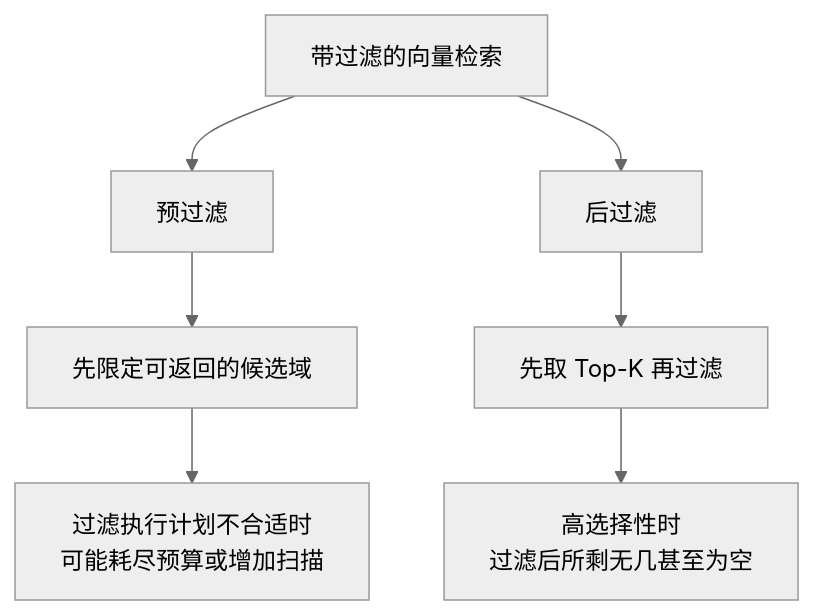
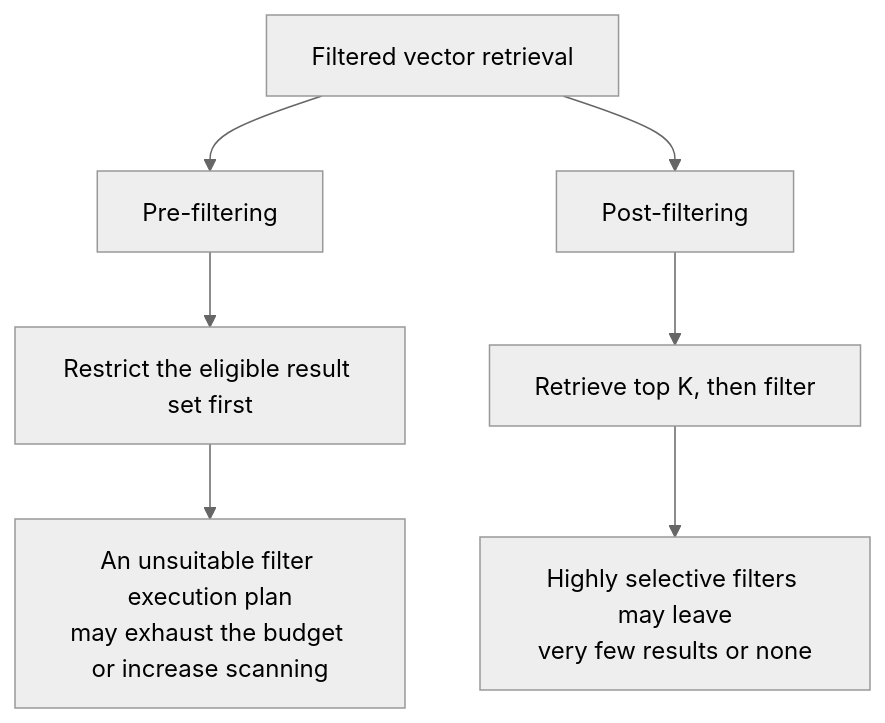
Before and after one commit to oneleaveknowsthefall/awesome-ai-roadmap: the second of 3 diagrams in docs/rag/02-ingestion-indexing/08-vector-database.md, drawn with Mermaid (neutral theme). The commit also changed other lines of this file and 60 other files, not shown here.

````diff
--- a/docs/rag/02-ingestion-indexing/08-vector-database.md
+++ b/docs/rag/02-ingestion-indexing/08-vector-database.md
@@ -108,11 +108,11 @@
 ```mermaid
 flowchart TB
-    F[带过滤的向量检索] --> PRE[预过滤]
-    F --> POST[后过滤]
+    F[Filtered vector retrieval] --> PRE[Pre-filtering]
+    F --> POST[Post-filtering]
 
-    PRE --> PRE1[先限定可返回的候选域]
-    PRE1 --> PRE2[过滤执行计划不合适时<br/>可能耗尽预算或增加扫描]
+    PRE --> PRE1[Restrict the eligible result set first]
+    PRE1 --> PRE2[An unsuitable filter execution plan<br/>may exhaust the budget or increase scanning]
 
-    POST --> POST1[先取 Top-K 再过滤]
-    POST1 --> POST2[高选择性时<br/>过滤后所剩无几甚至为空]
+    POST --> POST1[Retrieve top K, then filter]
+    POST1 --> POST2[Highly selective filters may leave<br/>very few results or none]
 ```
````
